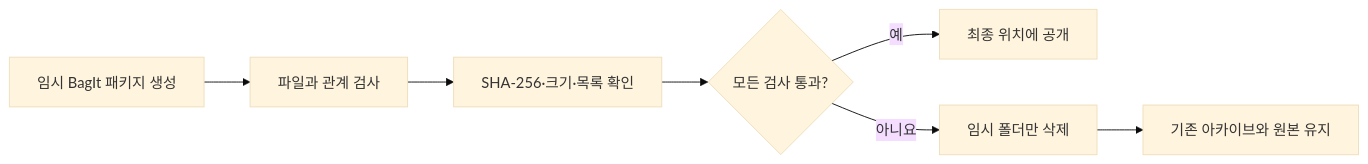
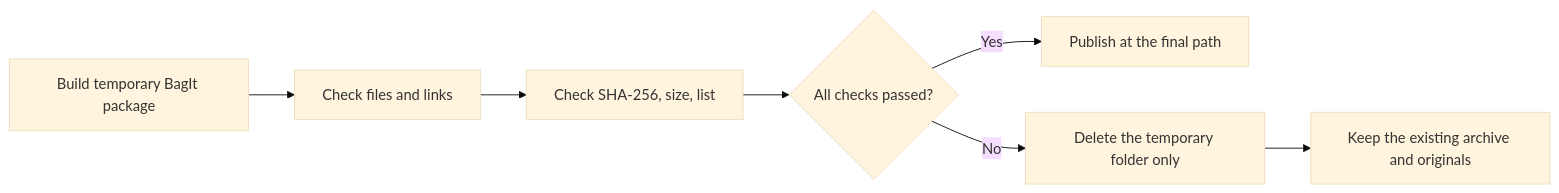
One commit to habinsong/negaflow changed the diagram in docs/architecture/LIBRARY_ARCHIVE.md. Above: the diagram before and after it, drawn with Mermaid (base theme). The commit also changed other lines of this file and 119 other files, not shown here.

````diff
--- a/docs/architecture/LIBRARY_ARCHIVE.md
+++ b/docs/architecture/LIBRARY_ARCHIVE.md
@@ -37,9 +37,9 @@
 ```mermaid
 flowchart LR
-    A["임시 BagIt 패키지 생성"] --> B["파일과 관계 검사"]
-    B --> C["SHA-256·크기·목록 확인"]
-    C --> D{"모든 검사 통과?"}
-    D -- 예 --> E["최종 위치에 공개"]
-    D -- 아니요 --> F["임시 폴더만 삭제"]
-    F --> G["기존 아카이브와 원본 유지"]
+    A["Build temporary BagIt package"] --> B["Check files and links"]
+    B --> C["Check SHA-256, size, list"]
+    C --> D{"All checks passed?"}
+    D -- Yes --> E["Publish at the final path"]
+    D -- No --> F["Delete the temporary folder only"]
+    F --> G["Keep the existing archive and originals"]
 ```
````
